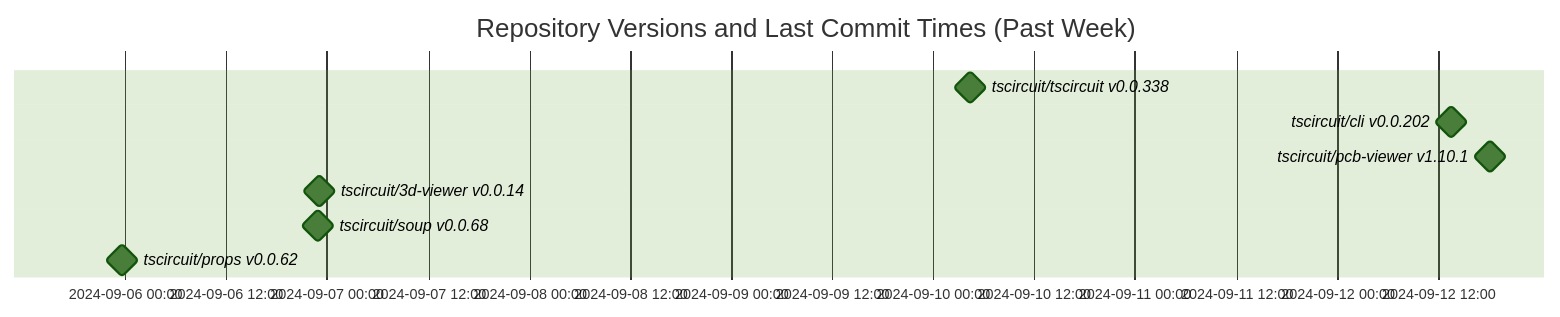
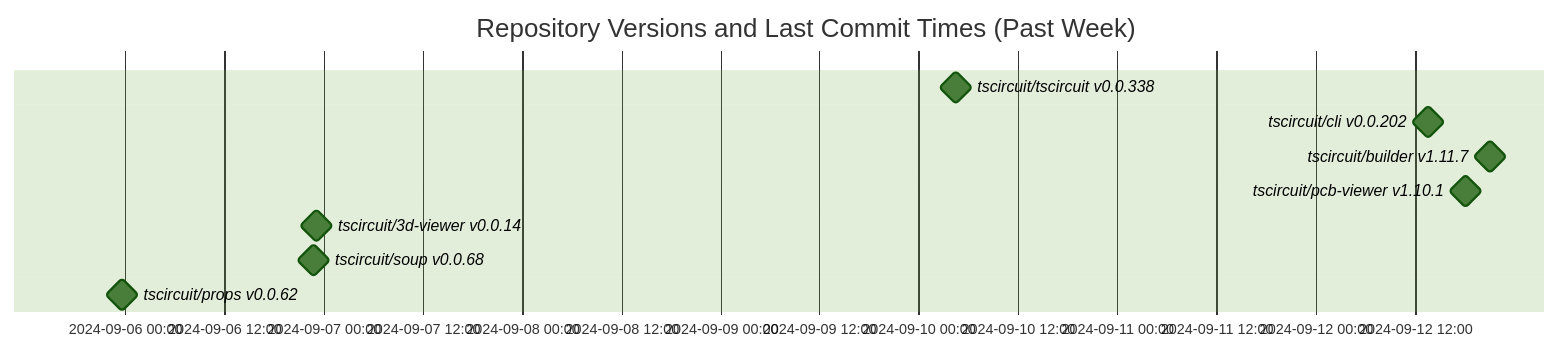
Before and after one commit to tscircuit/version-tracker: the diagram in README.md, drawn with Mermaid (forest theme).

Commit message:
Update chart

````diff
--- a/README.md
+++ b/README.md
@@ -1,13 +1,14 @@
 ```mermaid
 gantt
   dateFormat  YYYY-MM-DD HH:mm:ss
   title Repository Versions and Last Commit Times (Past Week)
   axisFormat %Y-%m-%d %H:%M
 
   tscircuit/tscircuit v0.0.338 : milestone, 2024-09-10 04:23:10, 1s
   tscircuit/cli v0.0.202 : milestone, 2024-09-12 13:37:53, 1s
+  tscircuit/builder v1.11.7 : milestone, 2024-09-12 21:03:51, 1s
   tscircuit/pcb-viewer v1.10.1 : milestone, 2024-09-12 18:10:30, 1s
   tscircuit/3d-viewer v0.0.14 : milestone, 2024-09-06 23:07:26, 1s
   tscircuit/soup v0.0.68 : milestone, 2024-09-06 22:51:33, 1s
   tscircuit/props v0.0.62 : milestone, 2024-09-05 23:38:33, 1s
 ```
````
